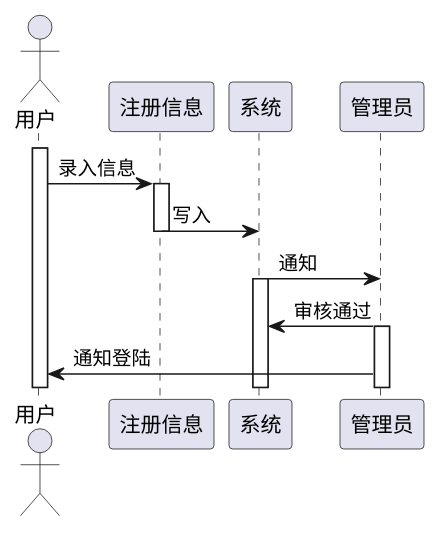
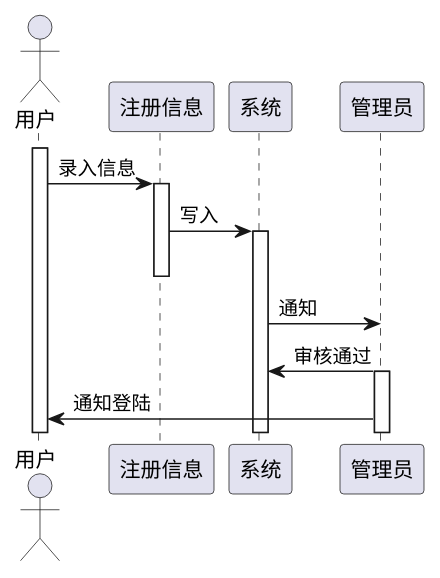
Before and after one commit to 1771190842/is_analysis: the diagram in test4/增加借阅者.puml, drawn with PlantUML. The commit also changed other lines of this file and 1 other file, not shown here.

```diff
--- a/test4/增加借阅者.puml
+++ b/test4/增加借阅者.puml
@@ -1,13 +1,13 @@
 @startuml
 actor 用户
 activate 用户
 用户 -> 注册信息 :录入信息
 activate 注册信息
 注册信息 -> 系统 :写入
+activate 系统
 deactivate 注册信息
 系统 -> 管理员 :通知
-activate 系统
 管理员 -> 系统 :审核通过
 activate 管理员
 管理员 -> 用户 :通知登陆
 @enduml
```
